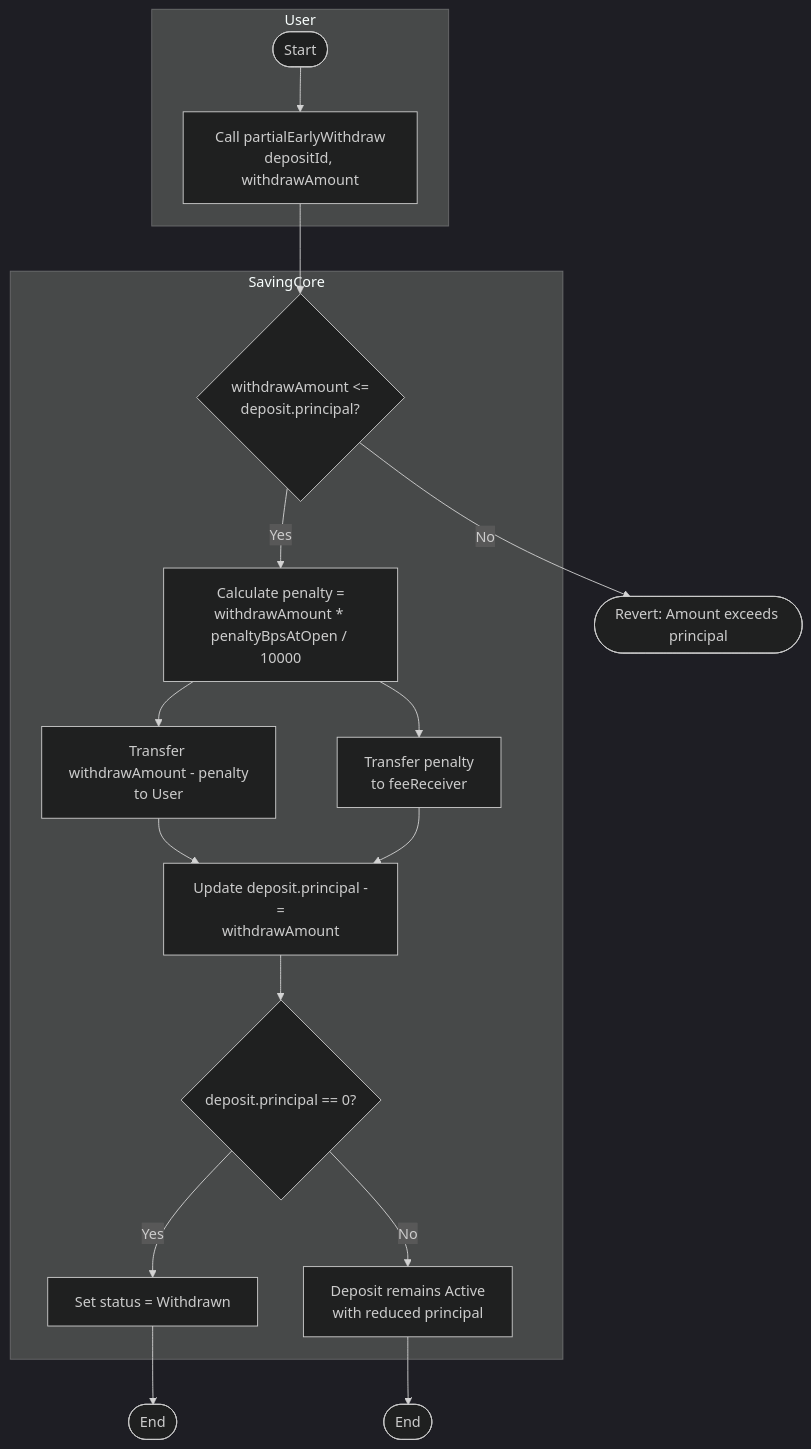
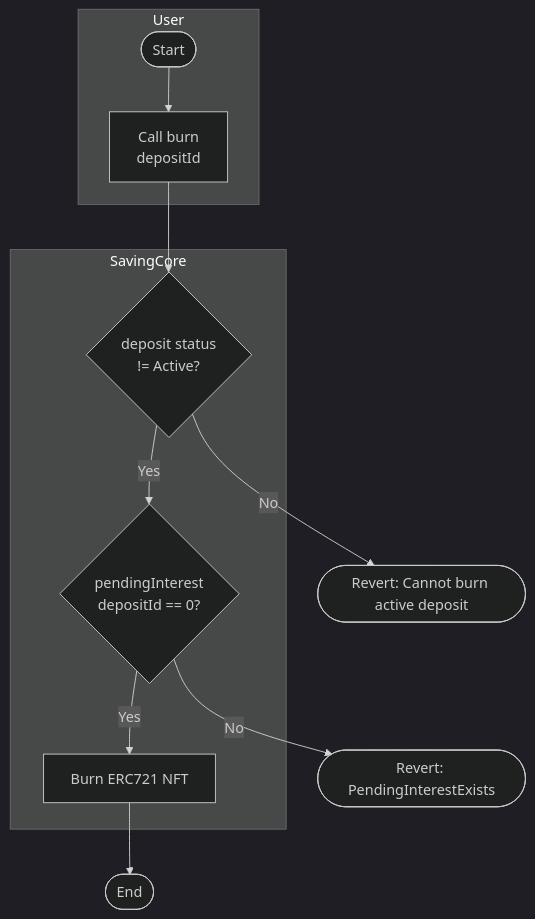
One commit to yang-sin-pal/AC_BlockChain_Online_Saving changed the tenth of 10 diagrams in docs/diagrams/activity-diagram.md. Above: the diagram before and after it, drawn with Mermaid (dark theme). The commit also changed other lines of this file and 2 other files, not shown here.

First line of the commit message:
Enhance sequence and use case diagrams for Online Saving System

````diff
--- a/docs/diagrams/activity-diagram.md
+++ b/docs/diagrams/activity-diagram.md
@@ -367,30 +445,19 @@
 ```mermaid
 flowchart TD
     subgraph User
-        J1([Start]) --> J2[Call partialEarlyWithdraw\ndepositId, withdrawAmount]
+        J1([Start]) --> J2[Call burn\ndepositId]
     end
 
     subgraph SavingCore
-        J3{withdrawAmount <=\ndeposit.principal?}
-        J4[Calculate penalty =\nwithdrawAmount * penaltyBpsAtOpen / 10000]
-        J5[Transfer withdrawAmount - penalty\nto User]
-        J6[Transfer penalty\nto feeReceiver]
-        J7[Update deposit.principal -=\nwithdrawAmount]
-        J8{deposit.principal == 0?}
-        J9[Set status = Withdrawn]
-        J10[Deposit remains Active\nwith reduced principal]
+        J3{deposit status\n!= Active?}
+        J4{pendingInterest\ndepositId == 0?}
+        J5[Burn ERC721 NFT]
     end
 
     J2 --> J3
-    J3 -- No --> JR1([Revert: Amount exceeds principal])
+    J3 -- No --> JR1([Revert: Cannot burn active deposit])
     J3 -- Yes --> J4
-    J4 --> J5
-    J4 --> J6
-    J5 --> J7
-    J6 --> J7
-    J7 --> J8
-    J8 -- Yes --> J9
-    J9 --> JR2([End])
-    J8 -- No --> J10
-    J10 --> JR3([End])
+    J4 -- No --> JR2([Revert: PendingInterestExists])
+    J4 -- Yes --> J5
+    J5 --> JR3([End])
 ```
````
